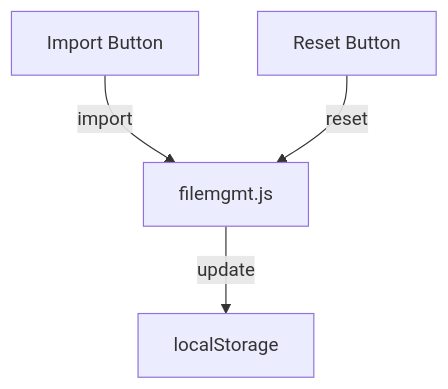
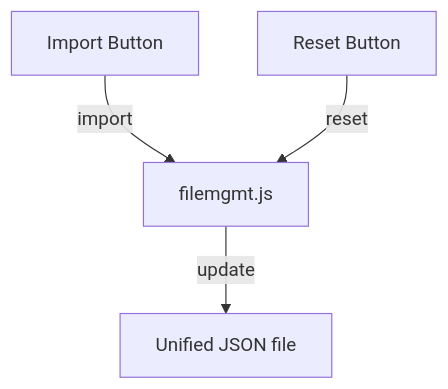
One commit to BicycleJeanre/ftrack changed the diagram in Documentation/filemgmt.md. Above: the diagram before and after it, drawn with Mermaid. The commit also changed other lines of this file and 14 other files, not shown here.

First line of the commit message:
docs: update and clean documentation for unified file-based data storage

````diff
--- a/Documentation/filemgmt.md
+++ b/Documentation/filemgmt.md
@@ -17,6 +17,6 @@
 ```mermaid
 flowchart TD
   ImportBtn[Import Button] -->|import| filemgmt.js
   ResetBtn[Reset Button] -->|reset| filemgmt.js
-  filemgmt.js -->|update| localStorage
+  filemgmt.js -->|update| AppData[Unified JSON file]
 ```
````
